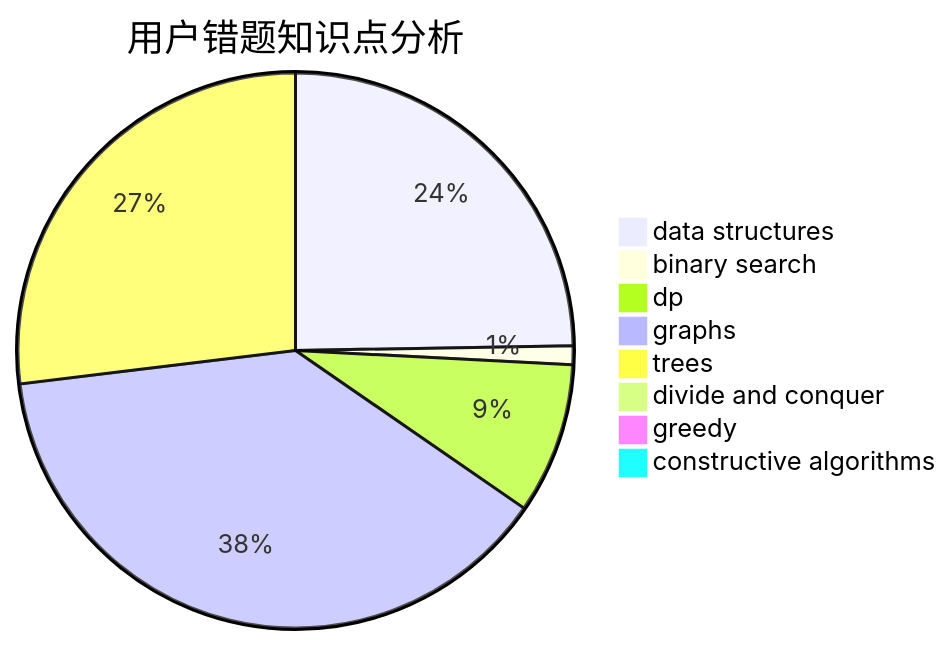
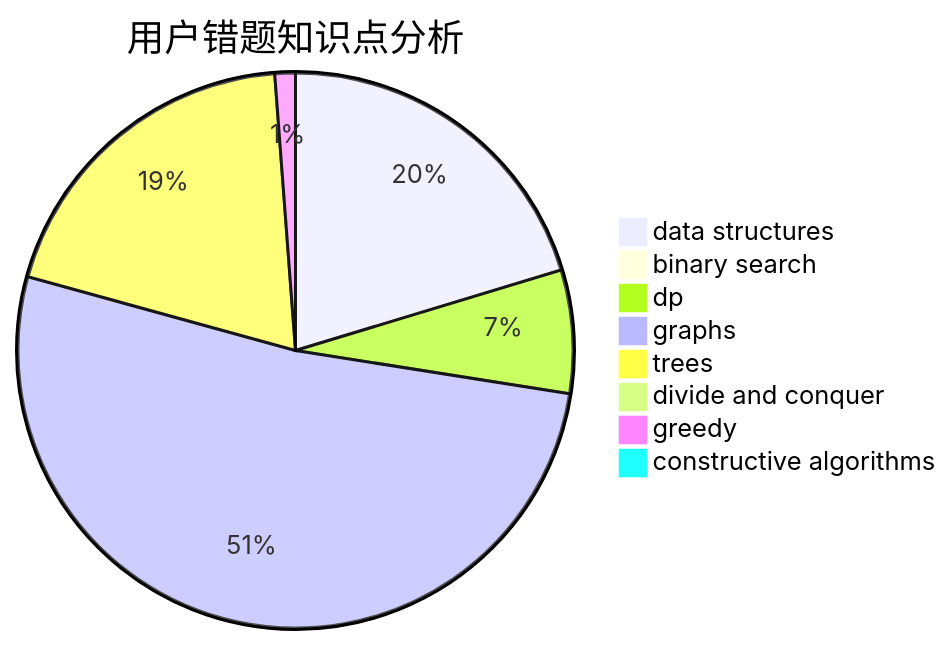
The third of 3 diagrams in docs/user/u2228.md (sherpahu/cfrs.github.io), drawn with Mermaid before and after one commit. The commit also changed other lines of this file and 2770 other files, not shown here.

````diff
--- a/docs/user/u2228.md
+++ b/docs/user/u2228.md
@@ -36,11 +36,11 @@
 ```mermaid
 pie title 用户错题知识点分析
-    "data structures" :  45
+    "data structures" :  51
     "binary search" :  2
-    "dp" :  16
-    "graphs" :  70
+    "dp" :  18
+    "graphs" :  130
     "trees" :  49
     "divide and conquer" :  0
-    "greedy" :  1
+    "greedy" :  3
     "constructive algorithms" :  1
 ```
````
